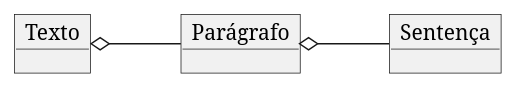
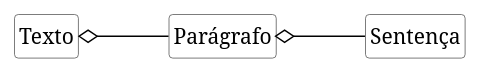
One commit to kyriosdata/oo changed the diagram in imagens/modelos-01/imagem-04/mod01ima04.plantuml. Above: the diagram before and after it, drawn with PlantUML. The commit also changed 13 other files, not shown here.

```diff
--- a/imagens/modelos-01/imagem-04/mod01ima04.plantuml
+++ b/imagens/modelos-01/imagem-04/mod01ima04.plantuml
@@ -1,9 +1,18 @@
 @startuml mod01ima04
+hide circle
+hide methods
+hide empty members
+
+skinparam class {
+    BackgroundColor White
+    ArrowColor Black
+    BorderColor #505050
+}
 skinparam nodesep 5
-object "Texto" as o1
-object "Parágrafo" as o2
-object "Sentença" as o3
+class "Texto" as o1
+class "Parágrafo" as o2
+class "Sentença" as o3
 left to right direction
 o1 o-- o2 
 o2 o-- o3
 @enduml
```
